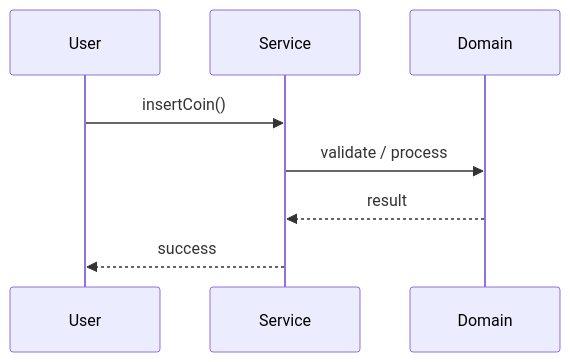
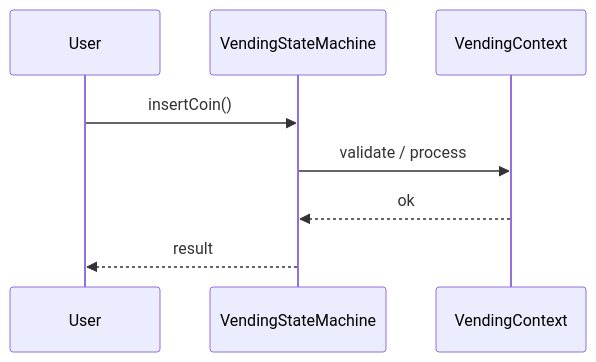
Before and after one commit to madhupaila/Interview-Prep-SSE: the second of 3 diagrams in Learn/System Design - Low Level Design/03-design-patterns/questions/Q15-state-vending-machine.md, drawn with Mermaid. The commit also changed other lines of this file and 491 other files, not shown here.

````diff
--- a/Learn/System Design - Low Level Design/03-design-patterns/questions/Q15-state-vending-machine.md
+++ b/Learn/System Design - Low Level Design/03-design-patterns/questions/Q15-state-vending-machine.md
@@ -121,10 +150,10 @@
 ```mermaid
 sequenceDiagram
-    participant U as User
-    participant S as Service
-    participant D as Domain
-    U->>S: insertCoin()
-    S->>D: validate / process
-    D-->>S: result
-    S-->>U: success
+participant U as User
+participant S as VendingStateMachine
+participant D as VendingContext
+U->>S: insertCoin()
+S->>D: validate / process
+D-->>S: ok
+S-->>U: result
 ```
````
